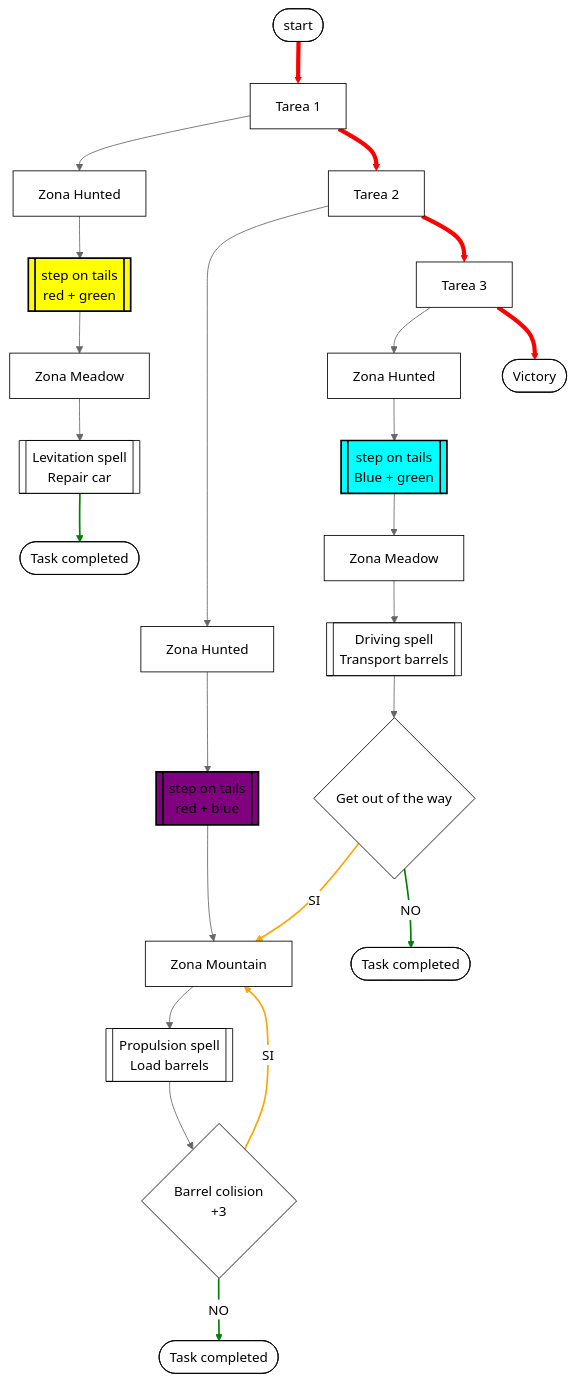
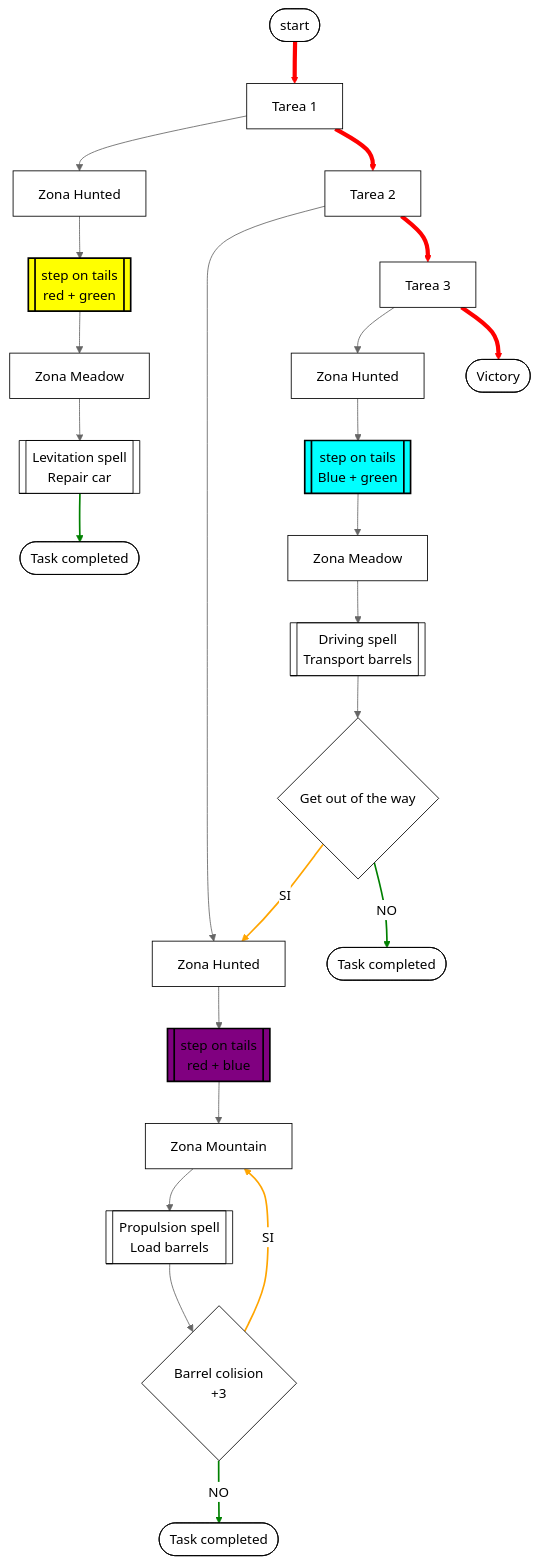
One commit to DEV25-G03/DEV25-G03-P2 changed the first of 4 diagrams in README.md. Above: the diagram before and after it, drawn with Mermaid (neutral theme). The commit also changed other lines of this file, not shown here.

````diff
--- a/README.md
+++ b/README.md
@@ -57,60 +57,60 @@
 ```mermaid
 flowchart TD
     %% --- Nodos principales ---
     Start([start])
     T1[Tarea 1]
     T2[Tarea 2]
     T3[Tarea 3]
     Victory([Victory])
 
     %% --- Rama izquierda ---
     Start --> T1
     T1 --> ZH1[Zona Hunted]
     ZH1 --> ST1[[step on tails<br>red + green]]
     ST1 --> ZM1[Zona Meadow]
     ZM1 --> LS[[Levitation spell<br>Repair car]]
     LS --> TC1([Task completed])
 
     %% --- Rama central ---
     T1 --> T2
     T2 --> ZH2[Zona Hunted]
     ZH2 --> ST2[[step on tails<br>red + blue]]
     ST2 --> ZM2[Zona Mountain]
     ZM2 --> PS[[Propulsion spell<br>Load barrels]]
     PS --> BC{Barrel colision<br>+3}
     BC --> |SI| ZM2
     BC --> |NO| TC2([Task completed])
 
     %% --- Rama derecha ---
     T2 --> T3
     T3 --> ZH3[Zona Hunted]
     ZH3 --> ST3[[step on tails<br>Blue + green]]
     ST3 --> ZM3[Zona Meadow]
     ZM3 --> DS[[Driving spell<br>Transport barrels]]
     DS --> GW{Get out of the way}
-    GW --> |SI| ZM2
+    GW --> |SI| ZH2
     GW --> |NO| TC3([Task completed])
     T3 --> Victory
 
     %% --- Estilo (blanco y negro) ---
     classDef default stroke:#000,fill:#fff,color:#000,stroke-width:1px;
 
     %% Flechas del flujo principal
     linkStyle 0 stroke:red,stroke-width:5px;
     linkStyle 6 stroke:red,stroke-width:5px;
     linkStyle 14 stroke:red,stroke-width:5px;
     linkStyle 22 stroke:red,stroke-width:5px;
 
     %% Flechas del tarea terminada o condicional si/no
     linkStyle 12 stroke:orange,stroke-width:2px;
     linkStyle 20 stroke:orange,stroke-width:2px;
 
     linkStyle 5 stroke:green,stroke-width:2px;
     linkStyle 13 stroke:green,stroke-width:2px;
     linkStyle 21 stroke:green,stroke-width:2px;
 
     %% Flechas del flujo principal
     style ST1 fill:yellow,stroke:black,stroke-width:2px
     style ST2 fill:purple,stroke:black,stroke-width:2px
     style ST3 fill:cyan,stroke:black,stroke-width:2px
 ```
````
